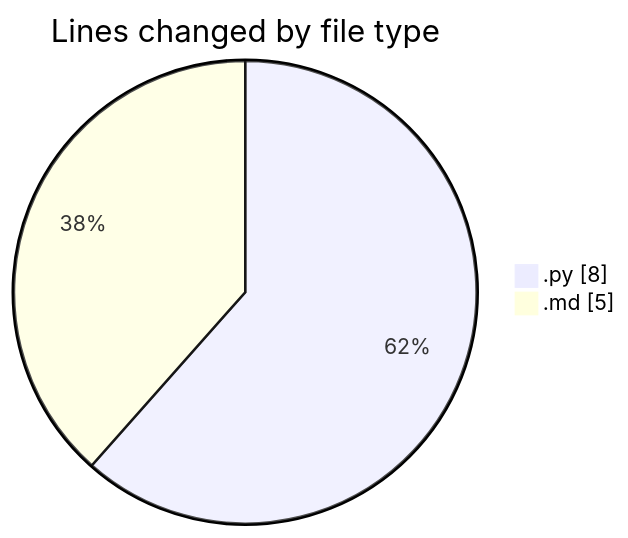
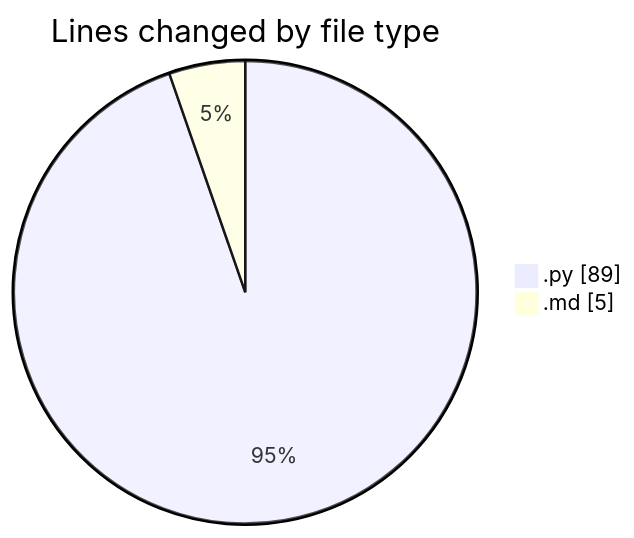
The first of 2 diagrams in 2026-01-10/dsa/README.md (Ritupan-Deka/code-tracking), drawn with Mermaid before and after one commit. The commit also changed other lines of this file and 1 other file, not shown here.

````diff
--- a/2026-01-10/dsa/README.md
+++ b/2026-01-10/dsa/README.md
@@ -21,6 +21,6 @@
 ```mermaid
 pie showData
 title Lines changed by file type
-".py" : 8
+".py" : 89
 ".md" : 5
 ```
````
